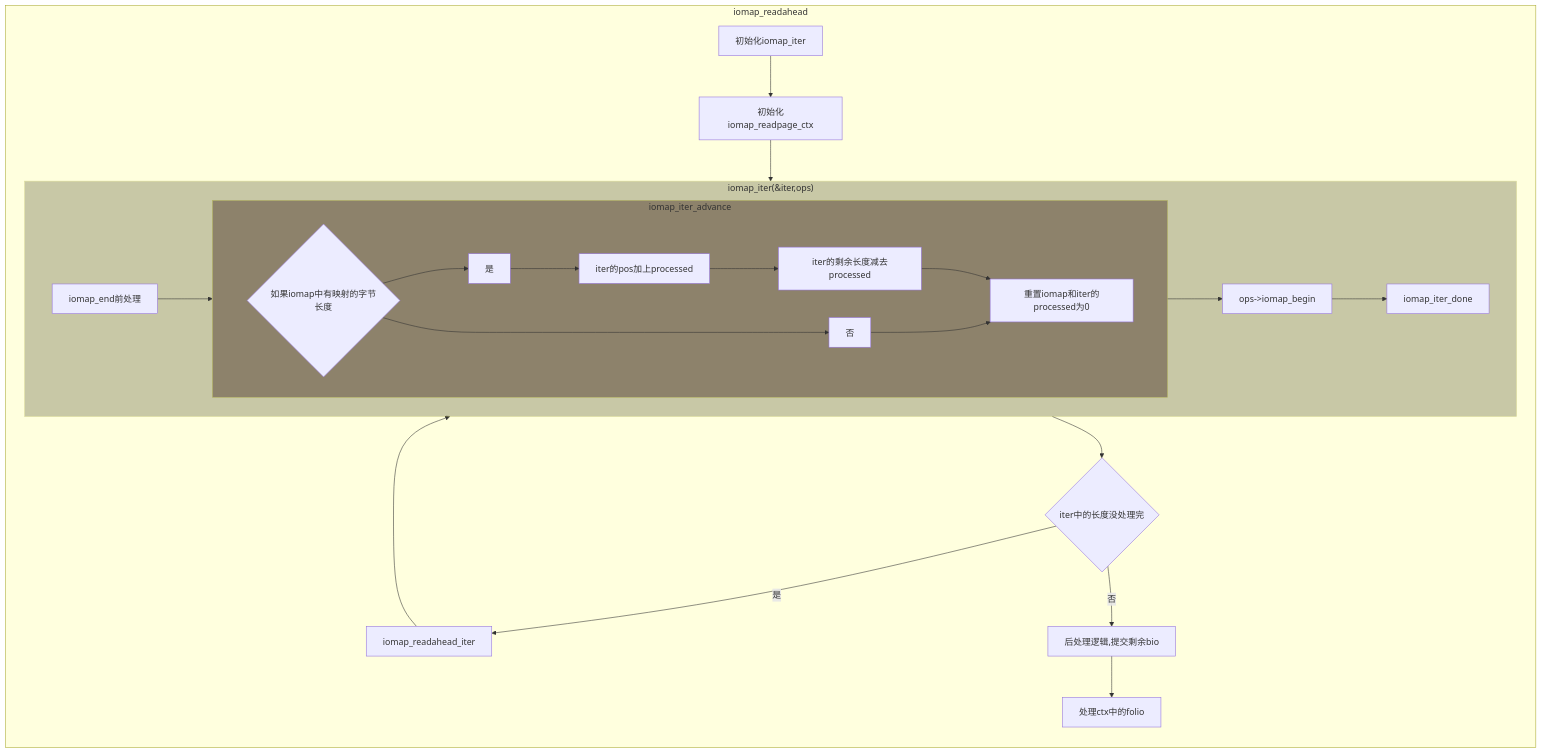
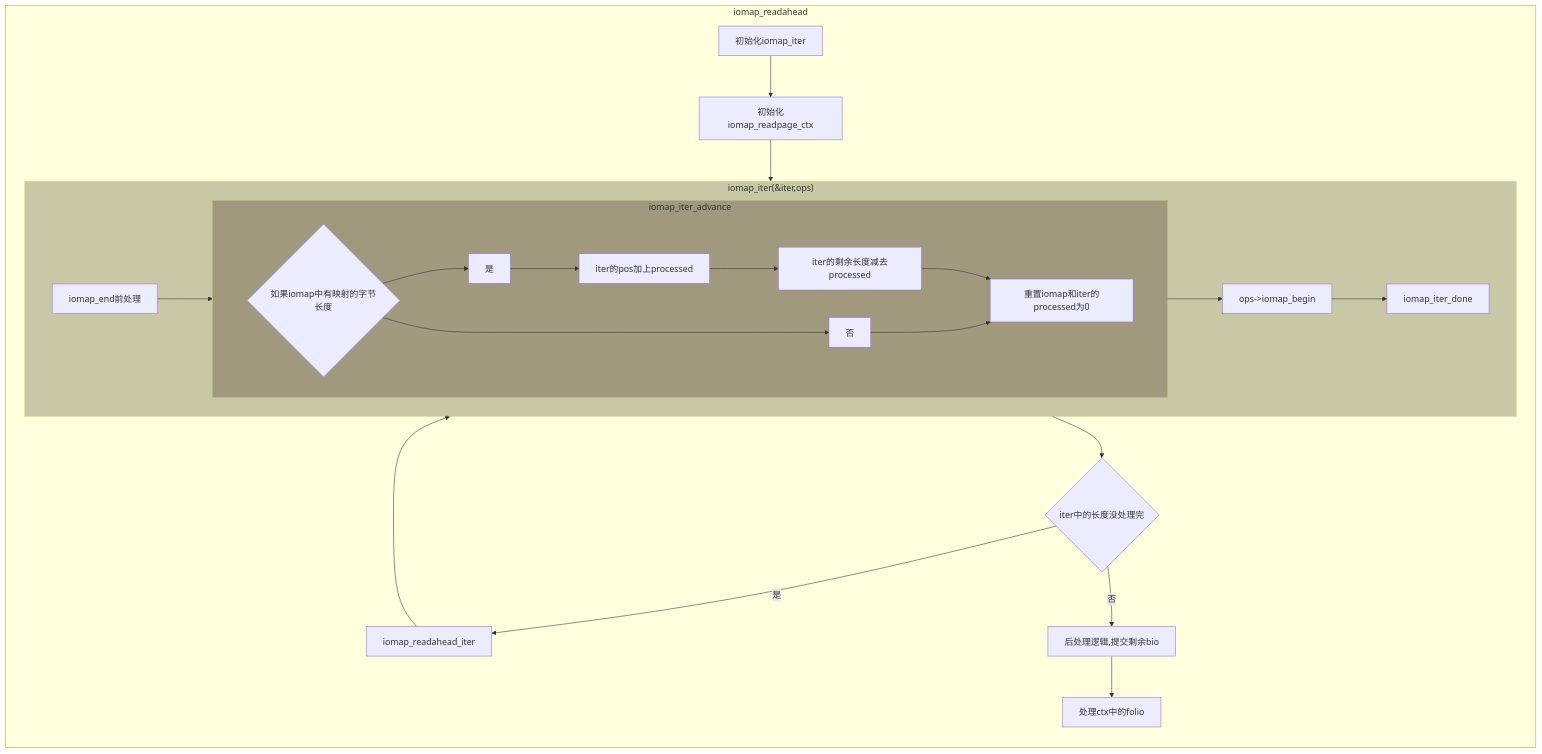
The diagram in 6.13.1内核文档注释/fs/iomap/buffered_io.c/README.md (sigmanature/learn_os_note), drawn with Mermaid before and after one commit.

````diff
--- a/6.13.1内核文档注释/fs/iomap/buffered_io.c/README.md
+++ b/6.13.1内核文档注释/fs/iomap/buffered_io.c/README.md
@@ -2,20 +2,20 @@
 ```mermaid
 graph LR
     subgraph c[iomap_iter_advance]
         1{如果iomap中有映射的字节长度}
         1-->是-->iter的pos加上processed-->iter的剩余长度减去processed-->2[重置iomap和iter的processed为0]
         1-->否-->2
     end
     subgraph b["iomap_iter(&iter,ops)"]
         G[iomap_end前处理]-->c-->I["ops->iomap_begin"]-->J[iomap_iter_done]
     end
     style b fill:#775,opacity:0.4
-    style c fill:#654,opacity:0.6
+    style c fill:#654,opacity:0.4
     subgraph a[iomap_readahead]
         A[初始化iomap_iter]-->B[初始化iomap_readpage_ctx]-->b-->C{"iter中的长度没处理完"}
         C--是-->D[iomap_readahead_iter]-->b
         C--否-->E[后处理逻辑,提交剩余bio]-->F[处理ctx中的folio]
     end
     
 click A "https://github.com/sigmanature/learn_os_note/blob/main/6.13.1%E5%86%85%E6%A0%B8%E6%96%87%E6%A1%A3%E6%B3%A8%E9%87%8A/include/linux/iomap.h/struct_iomap_iter.md"
 ```
````
